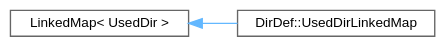
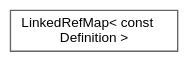
One commit to Sweco-NL/doxygen changed the diagram in inherit_graph_541.dot. Above: the diagram before and after it, drawn with Graphviz. The commit also changed 7913 other files, not shown here.

```diff
--- a/inherit_graph_541.dot
+++ b/inherit_graph_541.dot
@@ -1,12 +1,10 @@
 digraph "Graphical Class Hierarchy"
 {
  // INTERACTIVE_SVG=YES
  // LATEX_PDF_SIZE
   bgcolor="transparent";
   edge [fontname=Helvetica,fontsize=10,labelfontname=Helvetica,labelfontsize=10];
   node [fontname=Helvetica,fontsize=10,shape=box,height=0.2,width=0.4];
   rankdir="LR";
-  Node0 [label="LinkedMap\< UsedDir \>",height=0.2,width=0.4,color="grey40", fillcolor="white", style="filled",URL="$d0/d2c/class_linked_map.html",tooltip=" "];
-  Node0 -> Node1 [dir="back",color="steelblue1",style="solid"];
-  Node1 [label="DirDef::UsedDirLinkedMap",height=0.2,width=0.4,color="grey40", fillcolor="white", style="filled",URL="$dd/dd7/class_dir_def_1_1_used_dir_linked_map.html",tooltip=" "];
+  Node0 [label="LinkedRefMap\< const\l Definition \>",height=0.2,width=0.4,color="grey40", fillcolor="white", style="filled",URL="$d2/db7/class_linked_ref_map.html",tooltip=" "];
 }
```
